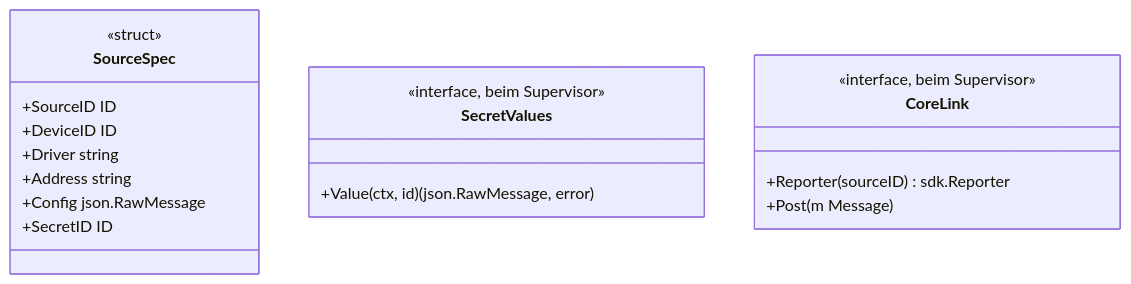
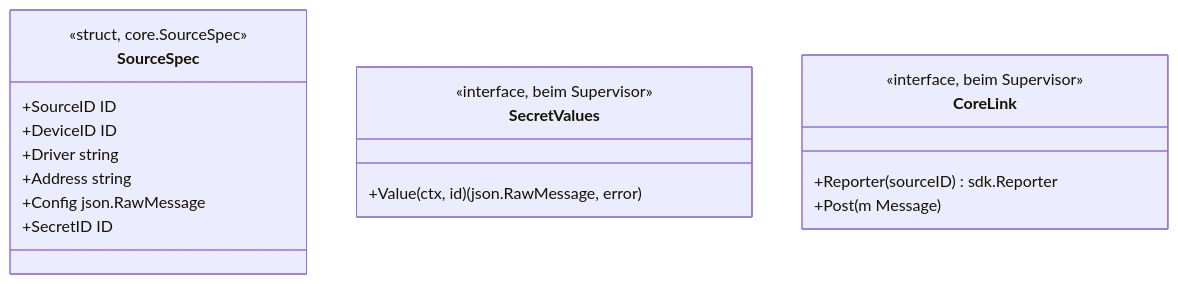
One commit to lukirs95/monika changed the second of 6 diagrams in docs/contracts/services.md. Above: the diagram before and after it, drawn with Mermaid. The commit also changed other lines of this file and 7 other files, not shown here.

````diff
--- a/docs/contracts/services.md
+++ b/docs/contracts/services.md
@@ -60,21 +60,21 @@
 ```mermaid
 classDiagram
     class SourceSpec {
-        <<struct>>
+        <<struct, core.SourceSpec>>
         +SourceID ID
         +DeviceID ID
         +Driver string
         +Address string
         +Config json.RawMessage
         +SecretID ID
     }
     class SecretValues {
         <<interface, beim Supervisor>>
         +Value(ctx, id) (json.RawMessage, error)
     }
     class CoreLink {
         <<interface, beim Supervisor>>
         +Reporter(sourceID) sdk.Reporter
         +Post(m Message)
     }
 ```
````
